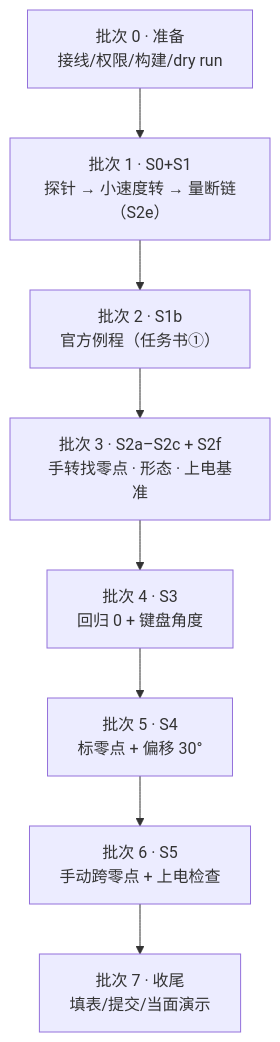
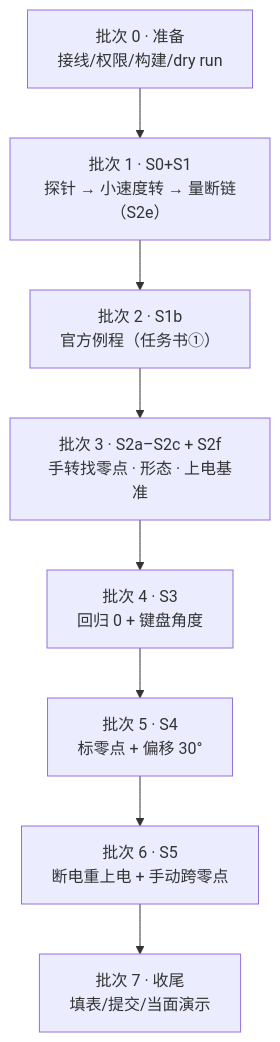
The diagram in @20260927_motor/cpp_part2/docs/runbook.md (What410802/quadruped-training-what410802), drawn with Mermaid before and after one commit. The commit also changed other lines of this file and 9 other files, not shown here.

````diff
--- a/@20260927_motor/cpp_part2/docs/runbook.md
+++ b/@20260927_motor/cpp_part2/docs/runbook.md
@@ -62,10 +79,10 @@
 ```mermaid
 flowchart TB
     B0["批次 0 · 准备<br/>接线/权限/构建/dry run"] --> B1["批次 1 · S0+S1<br/>探针 → 小速度转 → 量断链（S2e）"]
     B1 --> B2["批次 2 · S1b<br/>官方例程（任务书①）"]
     B2 --> B3["批次 3 · S2a–S2c + S2f<br/>手转找零点 · 形态 · 上电基准"]
     B3 --> B4["批次 4 · S3<br/>回归 0 + 键盘角度"]
     B4 --> B5["批次 5 · S4<br/>标零点 + 偏移 30°"]
-    B5 --> B6["批次 6 · S5<br/>手动跨零点 + 上电检查"]
+    B5 --> B6["批次 6 · S5<br/>断电重上电 + 手动跨零点"]
     B6 --> B7["批次 7 · 收尾<br/>填表/提交/当面演示"]
 ```
````
